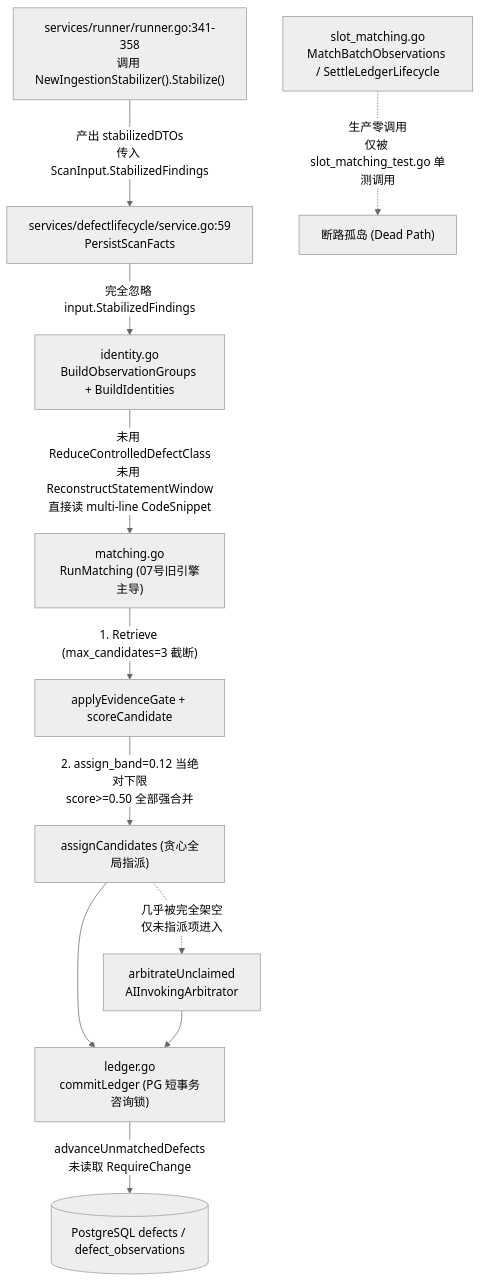
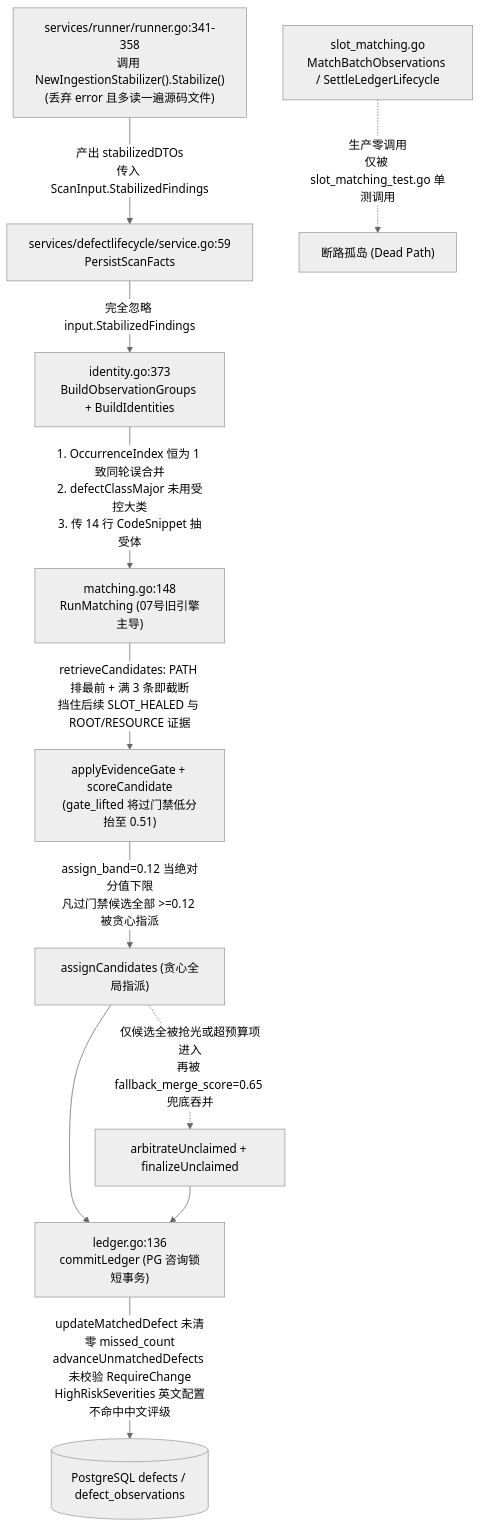
Before and after one commit to fugui/code-shield: the first of 2 diagrams in docs/03-rfcs/RFC-006-缺陷对账机制现状深度诊断与演进建议报告.md, drawn with Mermaid (neutral theme). The commit also changed other lines of this file and 1 other file, not shown here.

````diff
--- a/docs/03-rfcs/RFC-006-缺陷对账机制现状深度诊断与演进建议报告.md
+++ b/docs/03-rfcs/RFC-006-缺陷对账机制现状深度诊断与演进建议报告.md
@@ -47,16 +47,16 @@
 ```mermaid
 flowchart TD
-    Runner["services/runner/runner.go:341-358\n调用 NewIngestionStabilizer().Stabilize()"] -->|"产出 stabilizedDTOs\n传入 ScanInput.StabilizedFindings"| Persist["services/defectlifecycle/service.go:59\nPersistScanFacts"]
+    Runner["services/runner/runner.go:341-358\n调用 NewIngestionStabilizer().Stabilize()\n(丢弃 error 且多读一遍源码文件)"] -->|"产出 stabilizedDTOs\n传入 ScanInput.StabilizedFindings"| Persist["services/defectlifecycle/service.go:59\nPersistScanFacts"]
 
-    Persist -->|"完全忽略 input.StabilizedFindings"| ObsGroup["identity.go\nBuildObservationGroups + BuildIdentities"]
-    ObsGroup -->|"未用 ReduceControlledDefectClass\n未用 ReconstructStatementWindow\n直接读 multi-line CodeSnippet"| RunMatch["matching.go\nRunMatching (07号旧引擎主导)"]
+    Persist -->|"完全忽略 input.StabilizedFindings"| ObsGroup["identity.go:373\nBuildObservationGroups + BuildIdentities"]
+    ObsGroup -->|"1. OccurrenceIndex 恒为 1 致同轮误合并\n2. defectClassMajor 未用受控大类\n3. 传 14 行 CodeSnippet 抽受体"| RunMatch["matching.go:148\nRunMatching (07号旧引擎主导)"]
 
-    RunMatch -->|"1. Retrieve (max_candidates=3 截断)"| Gate["applyEvidenceGate + scoreCandidate"]
-    Gate -->|"2. assign_band=0.12 当绝对下限\nscore>=0.50 全部强合并"| Assign["assignCandidates (贪心全局指派)"]
-    Assign -.->|"几乎被完全架空\n仅未指派项进入"| AI["arbitrateUnclaimed\nAIInvokingArbitrator"]
-    Assign --> Commit["ledger.go\ncommitLedger (PG 短事务咨询锁)"]
+    RunMatch -->|"retrieveCandidates: PATH 排最前 + 满 3 条即截断\n挡住后续 SLOT_HEALED 与 ROOT/RESOURCE 证据"| Gate["applyEvidenceGate + scoreCandidate\n(gate_lifted 将过门禁低分抬至 0.51)"]
+    Gate -->|"assign_band=0.12 当绝对分值下限\n凡过门禁候选全部 >=0.12 被贪心指派"| Assign["assignCandidates (贪心全局指派)"]
+    Assign -.->|"仅候选全被抢光或超预算项进入\n再被 fallback_merge_score=0.65 兜底吞并"| AI["arbitrateUnclaimed + finalizeUnclaimed"]
+    Assign --> Commit["ledger.go:136\ncommitLedger (PG 咨询锁短事务)"]
     AI --> Commit
-    Commit -->|"advanceUnmatchedDefects\n未读取 RequireChange"| DB[("PostgreSQL defects / defect_observations")]
+    Commit -->|"updateMatchedDefect 未清零 missed_count\nadvanceUnmatchedDefects 未校验 RequireChange\nHighRiskSeverities 英文配置不命中中文评级"| DB[("PostgreSQL defects / defect_observations")]
 
     SlotDead["slot_matching.go\nMatchBatchObservations / SettleLedgerLifecycle"] -.->|"生产零调用\n仅被 slot_matching_test.go 单测调用"| DeadNote["断路孤岛 (Dead Path)"]
 ```
````
